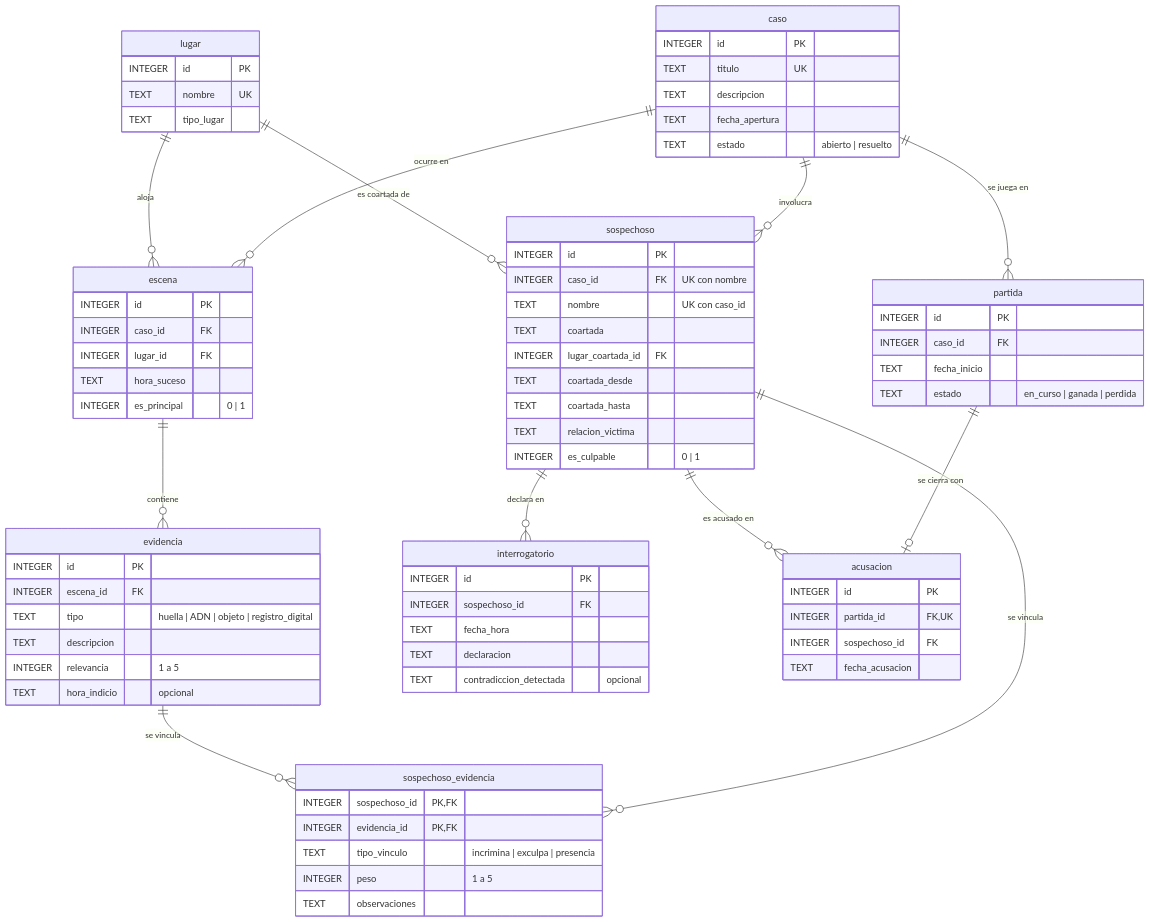
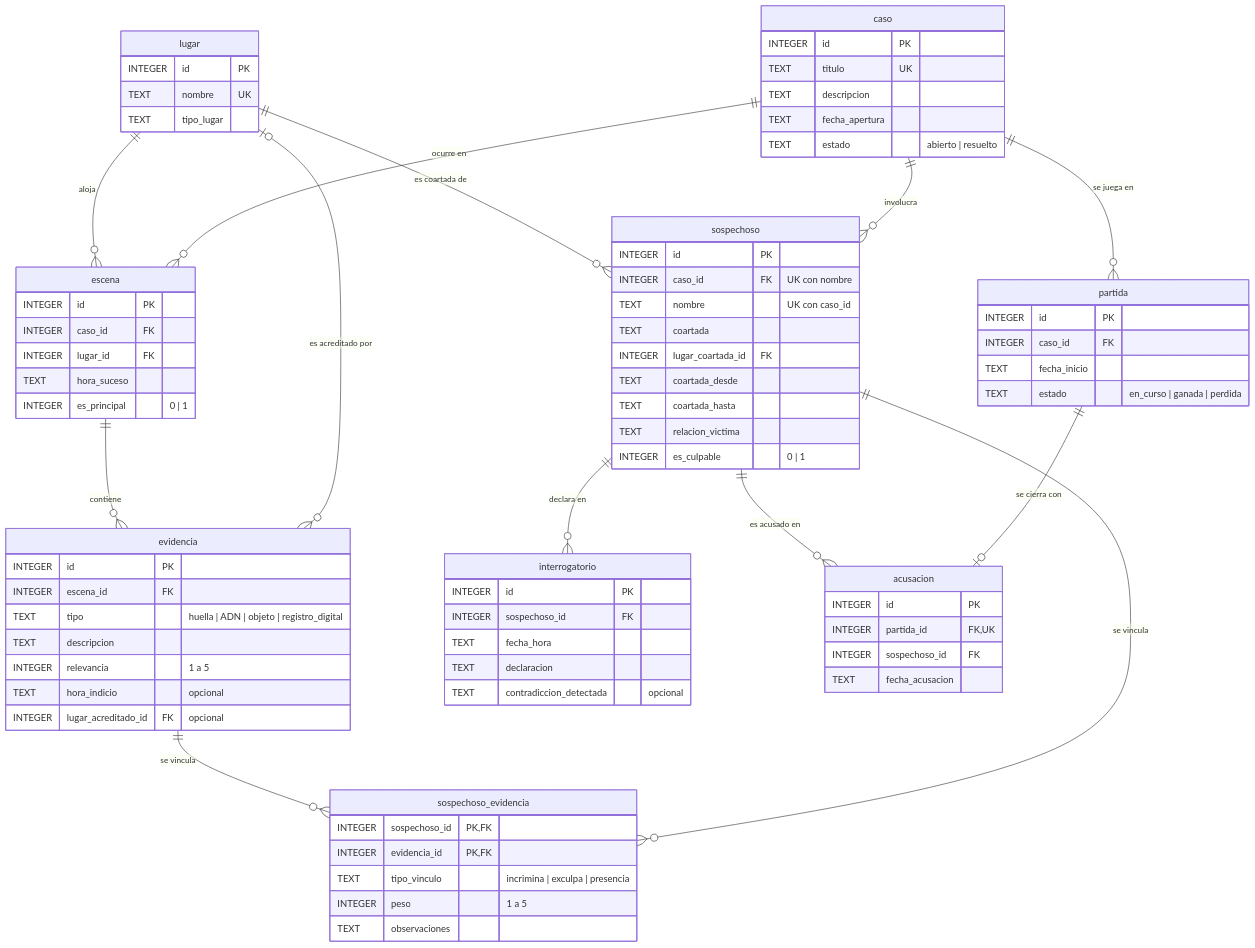
The diagram in docs/modelo-datos.md (NachoBasilio/Detective-SQL), drawn with Mermaid before and after one commit. The commit also changed other lines of this file and 16 other files, not shown here.

Commit message:
fix(db): corregir la precisión del veredicto, separar el lugar acreditado y cerrar la partida desde SQLite

````diff
--- a/docs/modelo-datos.md
+++ b/docs/modelo-datos.md
@@ -9,79 +9,81 @@
 ```mermaid
 erDiagram
     caso ||--o{ sospechoso : "involucra"
     caso ||--o{ escena : "ocurre en"
     caso ||--o{ partida : "se juega en"
     lugar ||--o{ escena : "aloja"
     lugar ||--o{ sospechoso : "es coartada de"
+    lugar |o--o{ evidencia : "es acreditado por"
     escena ||--o{ evidencia : "contiene"
     sospechoso ||--o{ sospechoso_evidencia : "se vincula"
     evidencia ||--o{ sospechoso_evidencia : "se vincula"
     sospechoso ||--o{ interrogatorio : "declara en"
     partida ||--o| acusacion : "se cierra con"
     sospechoso ||--o{ acusacion : "es acusado en"
 
     caso {
         INTEGER id PK
         TEXT titulo UK
         TEXT descripcion
         TEXT fecha_apertura
         TEXT estado "abierto | resuelto"
     }
     lugar {
         INTEGER id PK
         TEXT nombre UK
         TEXT tipo_lugar
     }
     sospechoso {
         INTEGER id PK
         INTEGER caso_id FK "UK con nombre"
         TEXT nombre "UK con caso_id"
         TEXT coartada
         INTEGER lugar_coartada_id FK
         TEXT coartada_desde
         TEXT coartada_hasta
         TEXT relacion_victima
         INTEGER es_culpable "0 | 1"
     }
     escena {
         INTEGER id PK
         INTEGER caso_id FK
         INTEGER lugar_id FK
         TEXT hora_suceso
         INTEGER es_principal "0 | 1"
     }
     evidencia {
         INTEGER id PK
         INTEGER escena_id FK
         TEXT tipo "huella | ADN | objeto | registro_digital"
         TEXT descripcion
         INTEGER relevancia "1 a 5"
         TEXT hora_indicio "opcional"
+        INTEGER lugar_acreditado_id FK "opcional"
     }
     sospechoso_evidencia {
         INTEGER sospechoso_id PK, FK
         INTEGER evidencia_id PK, FK
         TEXT tipo_vinculo "incrimina | exculpa | presencia"
         INTEGER peso "1 a 5"
         TEXT observaciones
     }
     interrogatorio {
         INTEGER id PK
         INTEGER sospechoso_id FK
         TEXT fecha_hora
         TEXT declaracion
         TEXT contradiccion_detectada "opcional"
     }
     partida {
         INTEGER id PK
         INTEGER caso_id FK
         TEXT fecha_inicio
         TEXT estado "en_curso | ganada | perdida"
     }
     acusacion {
         INTEGER id PK
         INTEGER partida_id FK, UK
         INTEGER sospechoso_id FK
         TEXT fecha_acusacion
     }
 ```
````
